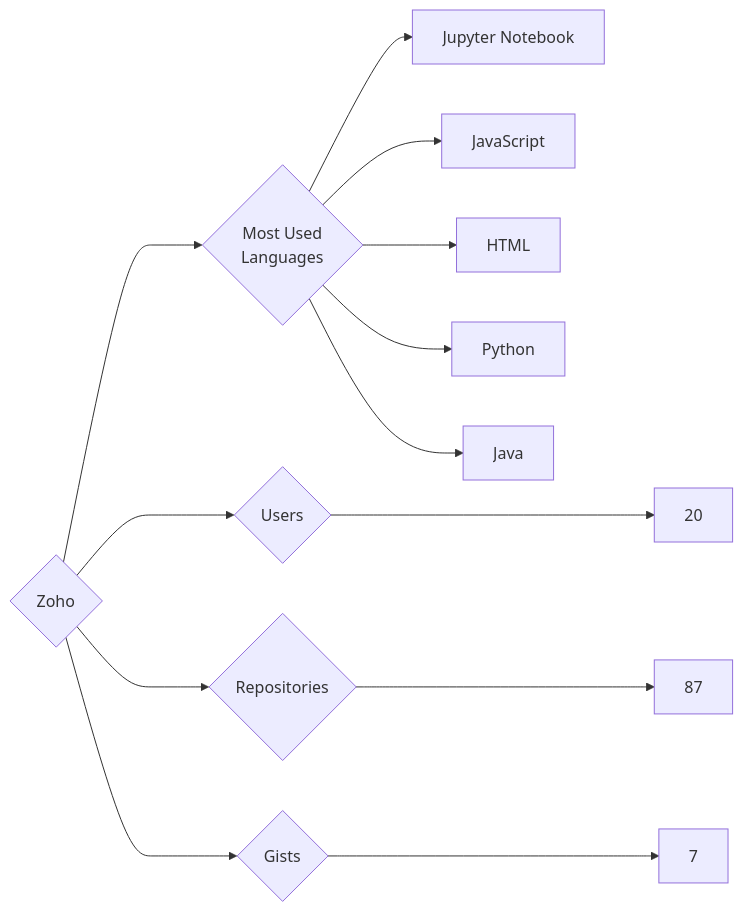
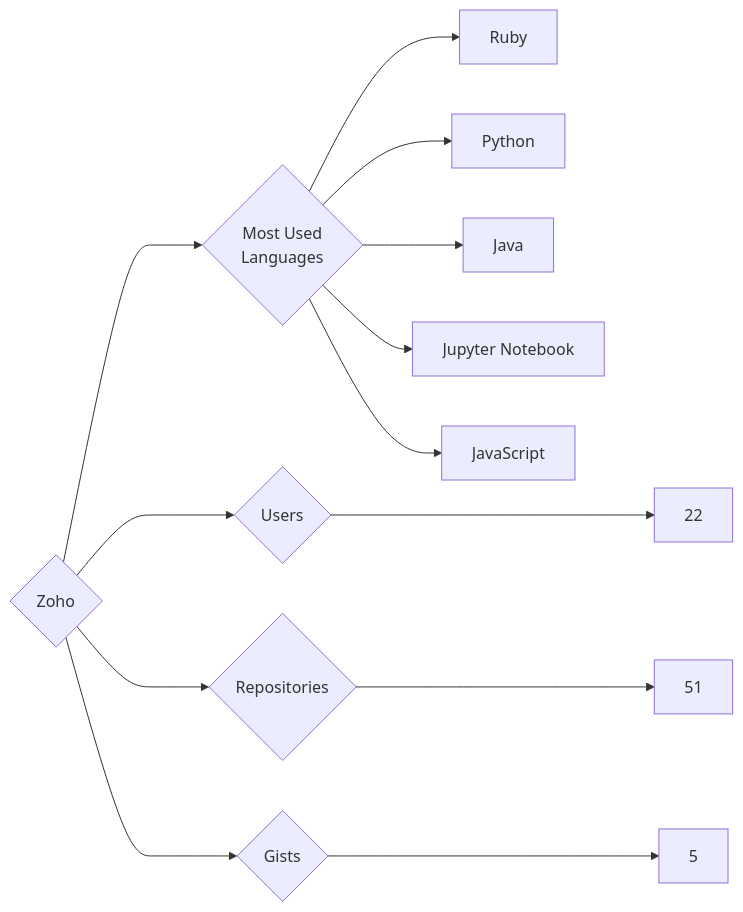
The diagram in targets/Zoho/README.md (trickest/insiders), drawn with Mermaid before and after one commit. The commit also changed 794 other files, not shown here.

````diff
--- a/targets/Zoho/README.md
+++ b/targets/Zoho/README.md
@@ -3,13 +3,13 @@
 ```mermaid
 graph LR
 COMPANY_NAME{Zoho}
-COMPANY_NAME ---> U{Users} ---> UN[20]
-COMPANY_NAME ---> R{Repositories} ---> RN[87]
-COMPANY_NAME ---> G{Gists} ---> GN[7]
+COMPANY_NAME ---> U{Users} ---> UN[22]
+COMPANY_NAME ---> R{Repositories} ---> RN[51]
+COMPANY_NAME ---> G{Gists} ---> GN[5]
 COMPANY_NAME ---> ML{Most Used<br>Languages}
+ML --> Ruby[Ruby]
+ML --> Python[Python]
+ML --> Java[Java]
 ML --> Jupyter_Notebook[Jupyter Notebook]
 ML --> JavaScript[JavaScript]
-ML --> HTML[HTML]
-ML --> Python[Python]
-ML --> Java[Java]
 ```
````
